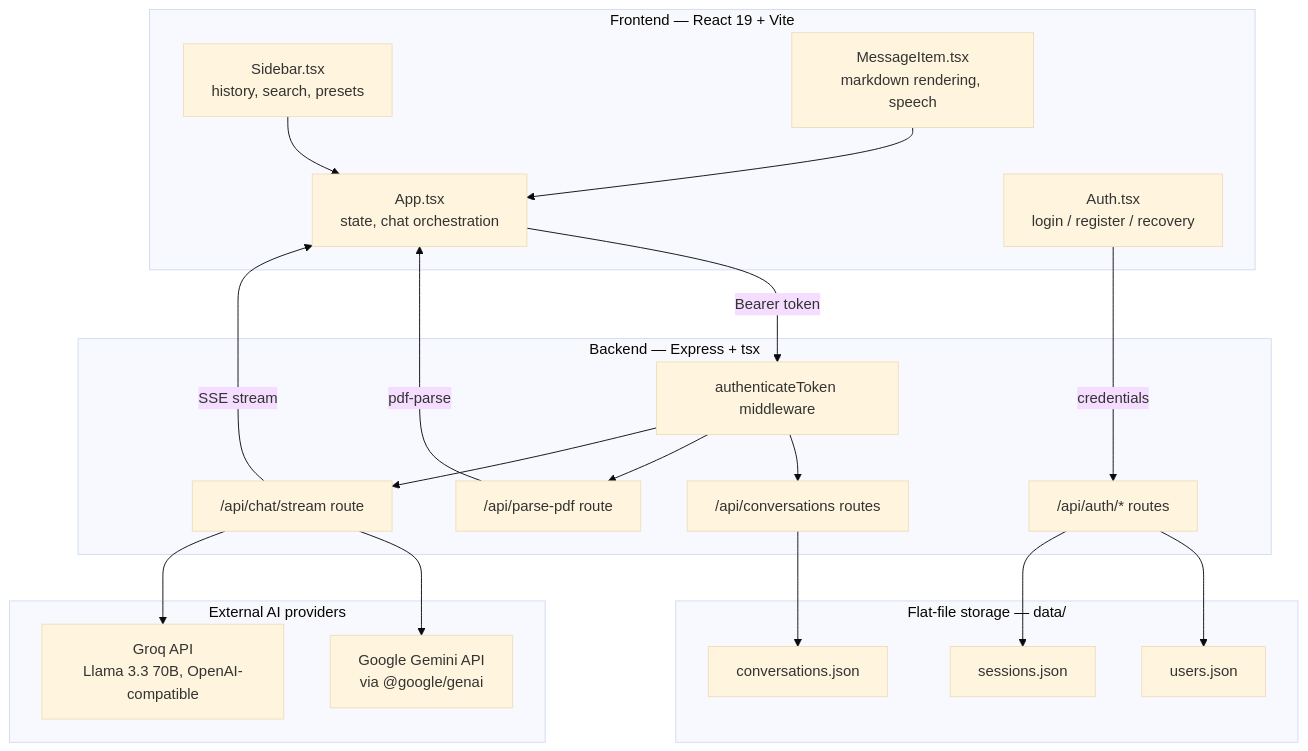
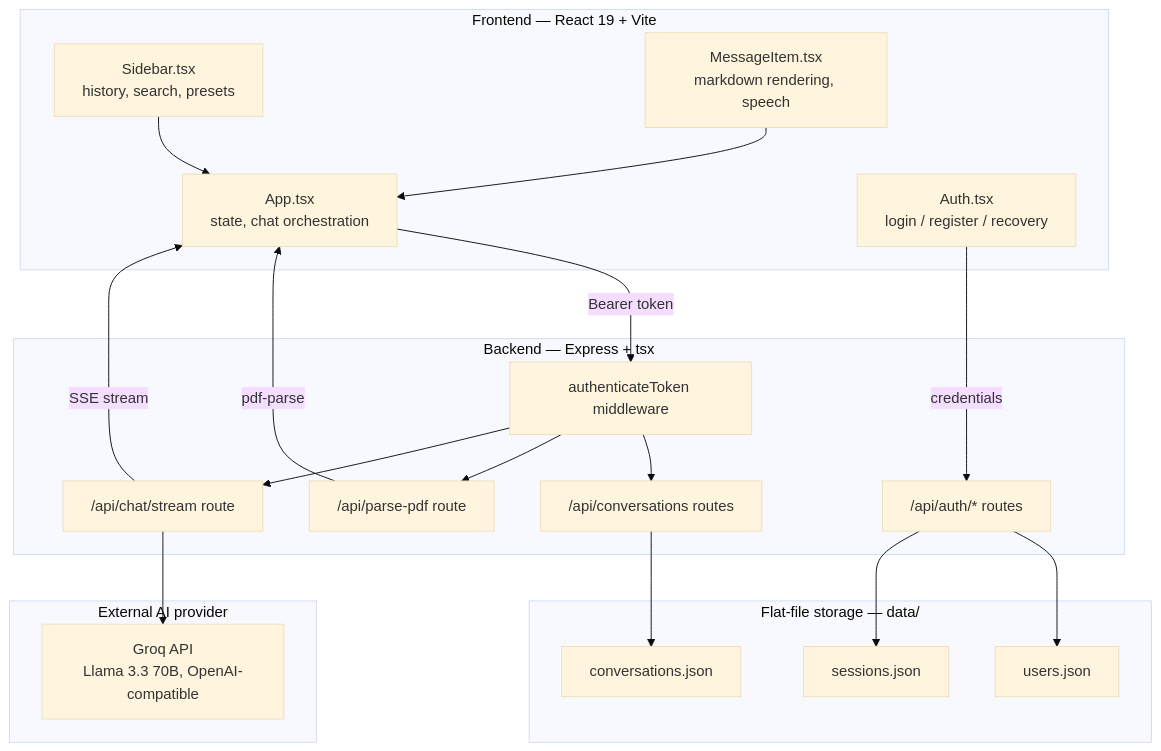
The second of 2 diagrams in README.md (Laks04/Aether-AI-ChatBot-), drawn with Mermaid (base theme) before and after one commit. The commit also changed other lines of this file, not shown here.

````diff
--- a/README.md
+++ b/README.md
@@ -94,43 +89,41 @@
 ```mermaid
 flowchart TB
     subgraph Client["Frontend — React 19 + Vite"]
         A1[App.tsx<br/>state, chat orchestration]
         A2[Auth.tsx<br/>login / register / recovery]
         A3[Sidebar.tsx<br/>history, search, presets]
         A4[MessageItem.tsx<br/>markdown rendering, speech]
     end
 
     subgraph Server["Backend — Express + tsx"]
         B1[authenticateToken middleware]
         B2["/api/auth/* routes"]
         B3["/api/conversations routes"]
         B4["/api/parse-pdf route"]
         B5["/api/chat/stream route"]
     end
 
     subgraph Storage["Flat-file storage — data/"]
         S1[users.json]
         S2[sessions.json]
         S3[conversations.json]
     end
 
-    subgraph External["External AI providers"]
-        E1[Google Gemini API<br/>via @google/genai]
+    subgraph External["External AI provider"]
         E2[Groq API<br/>Llama 3.3 70B, OpenAI-compatible]
     end
 
     A2 -->|credentials| B2
     A1 -->|Bearer token| B1
     B1 --> B3
     B1 --> B4
     B1 --> B5
     B2 --> S1
     B2 --> S2
     B3 --> S3
     B4 -->|pdf-parse| A1
     B5 -->|SSE stream| A1
-    B5 --> E1
     B5 --> E2
     A3 --> A1
     A4 --> A1
 ```
````
